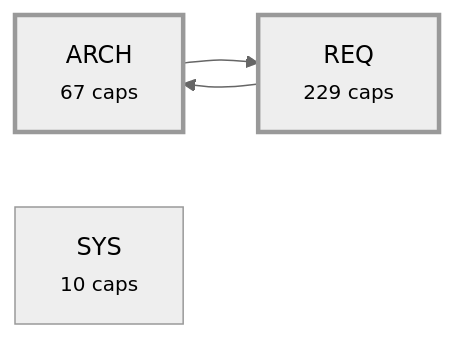
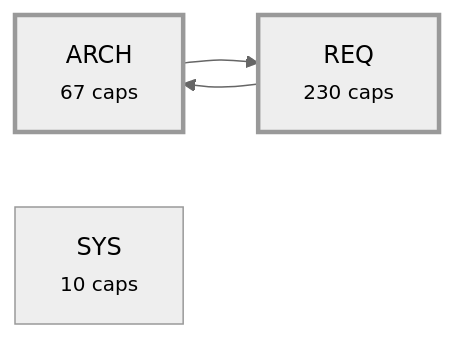
One commit to alxmax/Requirement-manager changed the third of 4 diagrams in plugin/requirements/_map.md. Above: the diagram before and after it, drawn with Mermaid (neutral theme). The commit also changed other lines of this file and 19 other files, not shown here.

````diff
--- a/plugin/requirements/_map.md
+++ b/plugin/requirements/_map.md
@@ -1071,10 +1072,10 @@
 ```mermaid
 graph LR
   a_ARCH["ARCH<br><small>67 caps</small>"]
-  a_REQ["REQ<br><small>229 caps</small>"]
+  a_REQ["REQ<br><small>230 caps</small>"]
   a_SYS["SYS<br><small>10 caps</small>"]
   a_ARCH --> a_REQ
   a_REQ --> a_ARCH
   style a_ARCH stroke-width:3px
   style a_REQ stroke-width:3px
 ```
````
